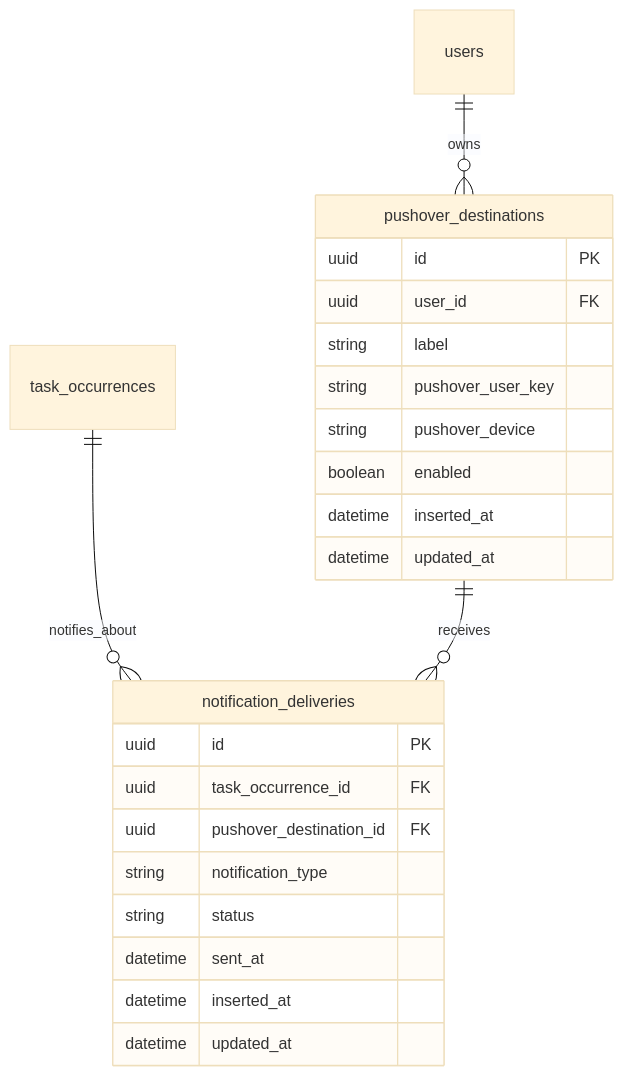
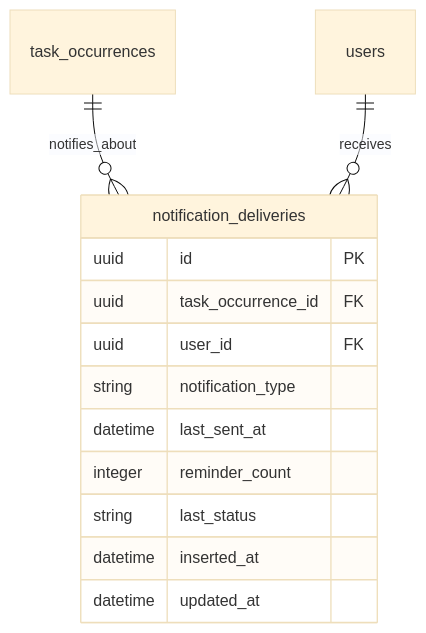
One commit to dewetblomerus/donemanager changed the second of 2 diagrams in architecture/database.md. Above: the diagram before and after it, drawn with Mermaid (base theme). The commit also changed other lines of this file and 10 other files, not shown here.

````diff
--- a/architecture/database.md
+++ b/architecture/database.md
@@ -157,28 +164,17 @@
 ```mermaid
 erDiagram
-    users ||--o{ pushover_destinations : owns
     task_occurrences ||--o{ notification_deliveries : notifies_about
-    pushover_destinations ||--o{ notification_deliveries : receives
-
-    pushover_destinations {
-        uuid id PK
-        uuid user_id FK
-        string label
-        string pushover_user_key
-        string pushover_device
-        boolean enabled
-        datetime inserted_at
-        datetime updated_at
-    }
+    users ||--o{ notification_deliveries : receives
 
     notification_deliveries {
         uuid id PK
         uuid task_occurrence_id FK
-        uuid pushover_destination_id FK
+        uuid user_id FK
         string notification_type
-        string status
-        datetime sent_at
+        datetime last_sent_at
+        integer reminder_count
+        string last_status
         datetime inserted_at
         datetime updated_at
     }
 ```
````
